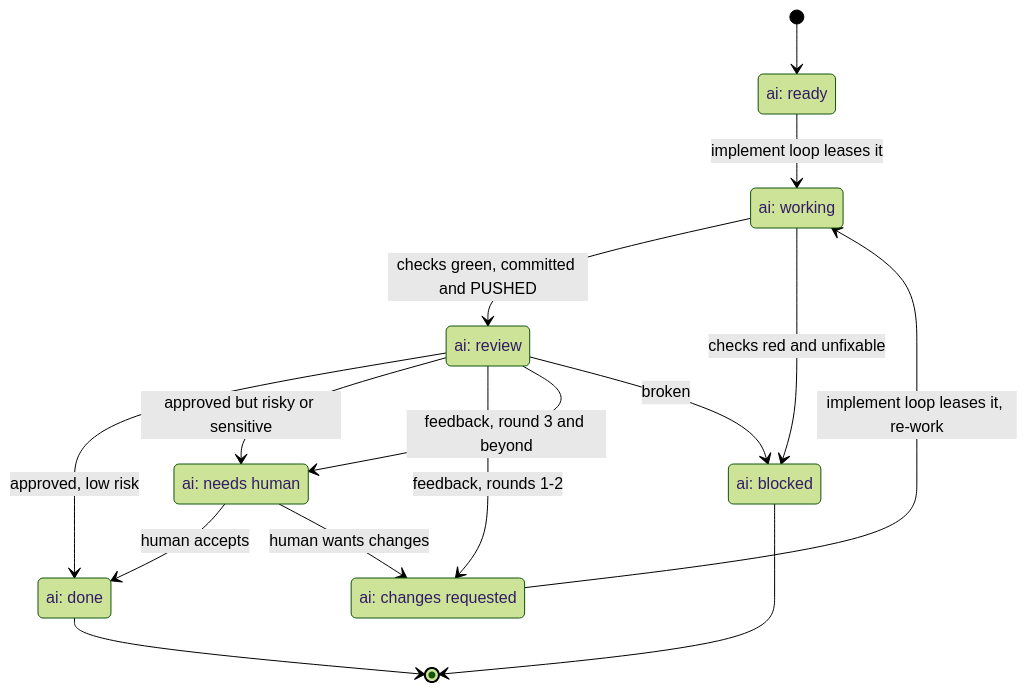
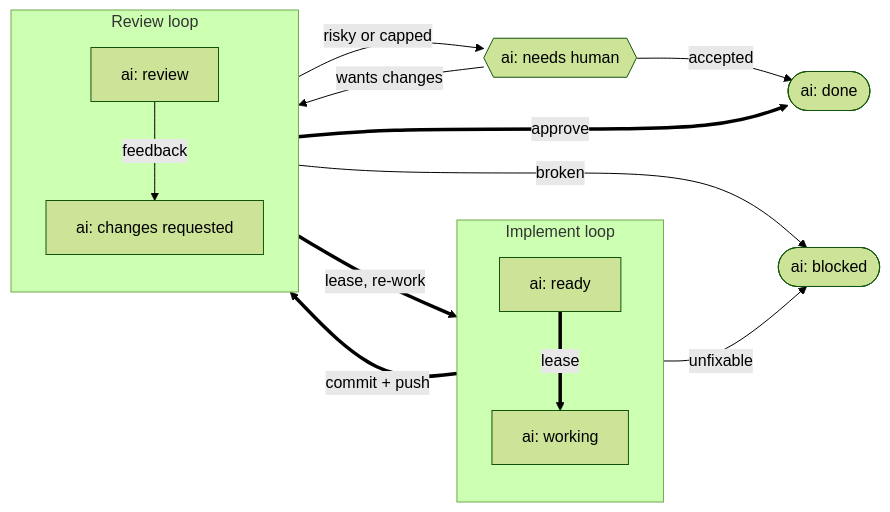
One commit to TitusKirch/skills changed the diagram in docs/3.concepts/2.ai-work-lifecycle.md. Above: the diagram before and after it, drawn with Mermaid (forest theme). The commit also changed other lines of this file and 1 other file, not shown here.

Commit message:
docs: make the concept diagrams readable
The lifecycle diagram was a stateDiagram-v2, which has no grouping construct — so the
auto-layout scattered the states and the page's whole thesis, two separate loops, was
invisible in the one picture meant to show it. It also clipped any edge label past roughly
25 characters. Redrawn as a flowchart with a lane per loop, a thick happy path, and shapes
that distinguish loop-owned from human-gated from terminal.

The interplay diagram tried to carry three messages at once: delegation, soft
relationships, and every skill's config read. Split them — the graph now shows only the
nine skills that actually invoke another, the soft relationships move to a table, and the
config seam is a sentence, since an arrow from one node to nearly every other says less
than "one writer, many readers" does.

````diff
--- a/docs/3.concepts/2.ai-work-lifecycle.md
+++ b/docs/3.concepts/2.ai-work-lifecycle.md
@@ -19,28 +21,32 @@
 ```mermaid
-stateDiagram-v2
-    [*] --> ready
-    state "ai: ready"             as ready
-    state "ai: working"           as working
-    state "ai: review"            as review
-    state "ai: changes requested" as changes
-    state "ai: needs human"       as human
-    state "ai: done"              as done
-    state "ai: blocked"           as blocked
+flowchart LR
+  subgraph IMPL["Implement loop"]
+    direction TB
+    ready["ai: ready"]
+    working["ai: working"]
+  end
 
-    ready   --> working : implement loop leases it
-    changes --> working : implement loop leases it, re-work
-    working --> review  : checks green, committed and PUSHED
-    working --> blocked : checks red and unfixable
+  subgraph REV["Review loop"]
+    direction TB
+    review["ai: review"]
+    changes["ai: changes requested"]
+  end
 
-    review  --> done    : approved, low risk
-    review  --> human   : approved but risky or sensitive
-    review  --> changes : feedback, rounds 1-2
-    review  --> human   : feedback, round 3 and beyond
-    review  --> blocked : broken
+  human{{"ai: needs human"}}
+  done(["ai: done"])
+  blocked(["ai: blocked"])
 
-    human   --> done    : human accepts
-    human   --> changes : human wants changes
+  ready ==>|"lease"| working
+  working ==>|"commit + push"| review
 
-    done    --> [*]
-    blocked --> [*]
+  review ==>|"approve"| done
+  review -->|"feedback"| changes
+  changes ==>|"lease, re-work"| working
+
+  review -->|"risky or capped"| human
+  human -->|"accepted"| done
+  human -->|"wants changes"| changes
+
+  working -->|"unfixable"| blocked
+  review -->|"broken"| blocked
 ```
````
